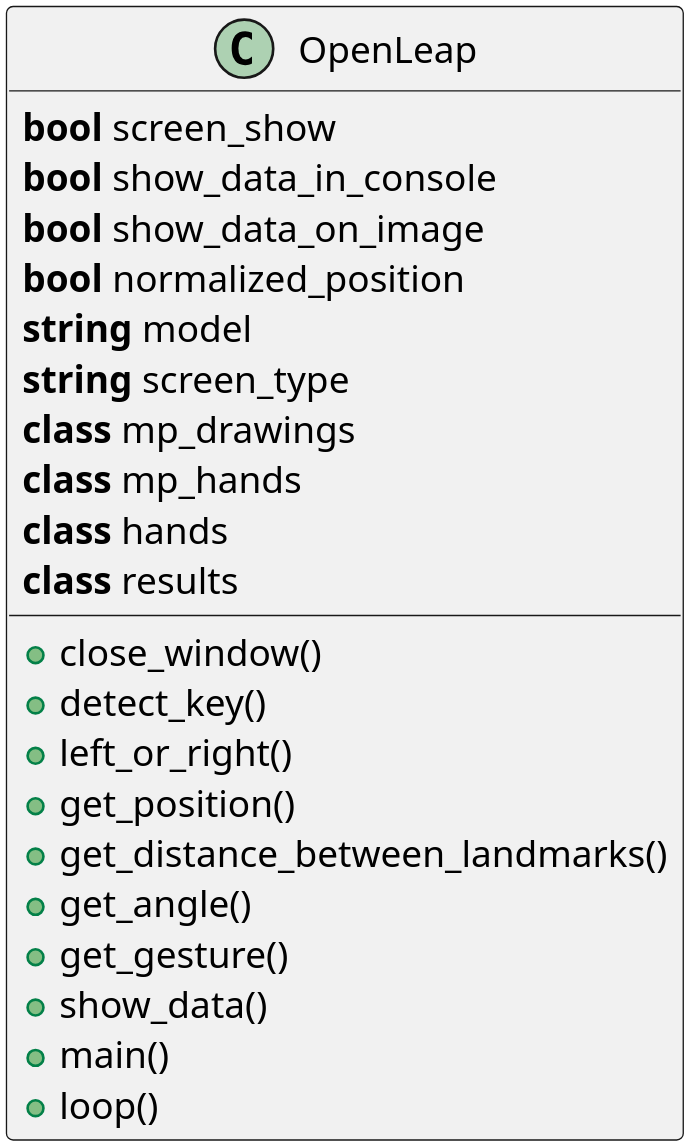
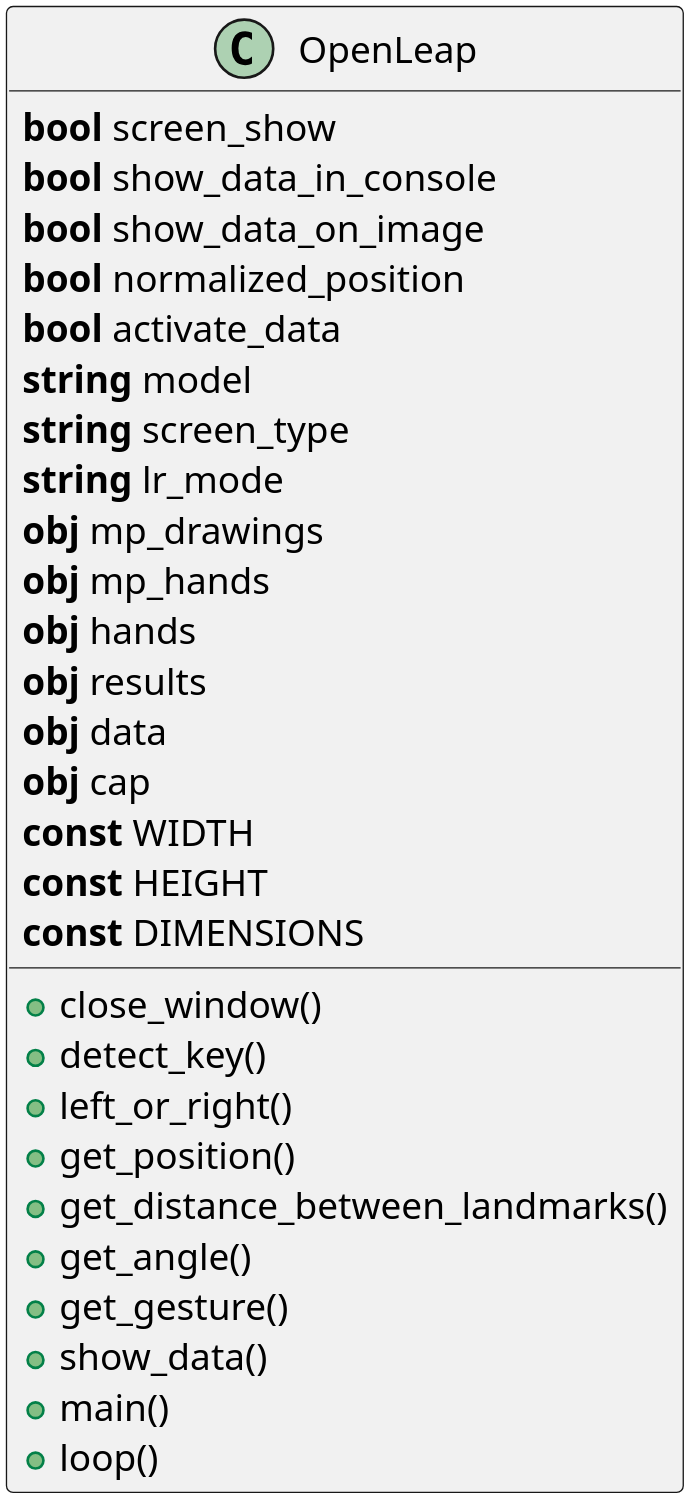
One commit to szymciem8/OpenLeap changed the diagram in Documentation/uml/class.plantuml. Above: the diagram before and after it, drawn with PlantUML. The commit also changed 12 other files, not shown here.

```diff
--- a/Documentation/uml/class.plantuml
+++ b/Documentation/uml/class.plantuml
@@ -1,30 +1,37 @@
 @startuml
 
 scale 5
 
 class OpenLeap{
 
     +close_window()
     +detect_key()
     +left_or_right()
     +get_position()
     +get_distance_between_landmarks()
     +get_angle()
     +get_gesture()
     +show_data()
     +main()
     +loop()
 
     **bool** screen_show
     **bool** show_data_in_console
     **bool** show_data_on_image
     **bool** normalized_position
+    **bool** activate_data
     **string** model
     **string** screen_type
-    **class** mp_drawings
-    **class** mp_hands
-    **class** hands 
-    **class** results
+    **string** lr_mode
+    **obj** mp_drawings
+    **obj** mp_hands
+    **obj** hands 
+    **obj** results
+    **obj** data
+    **obj** cap
+    **const** WIDTH
+    **const** HEIGHT
+    **const** DIMENSIONS
 }
 
 @enduml
```
